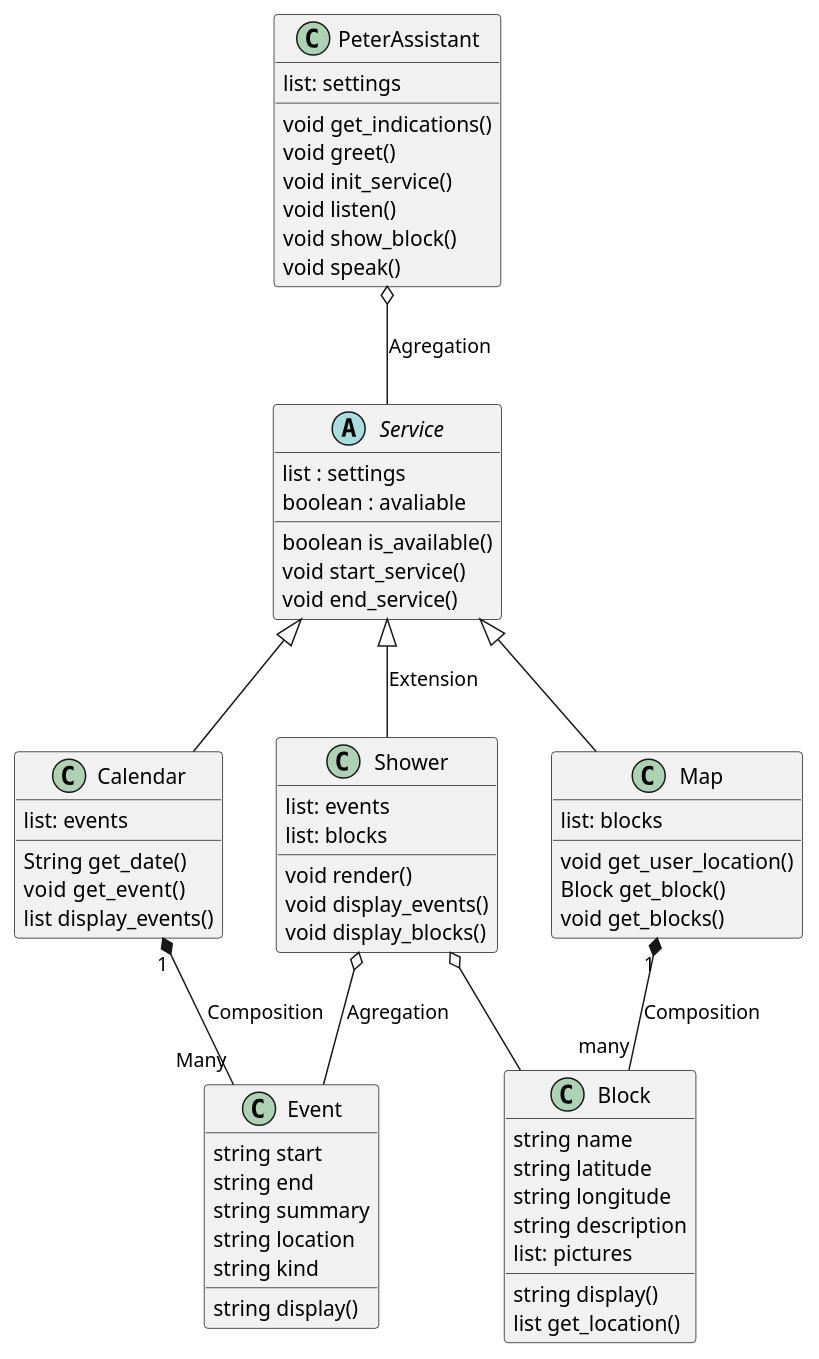
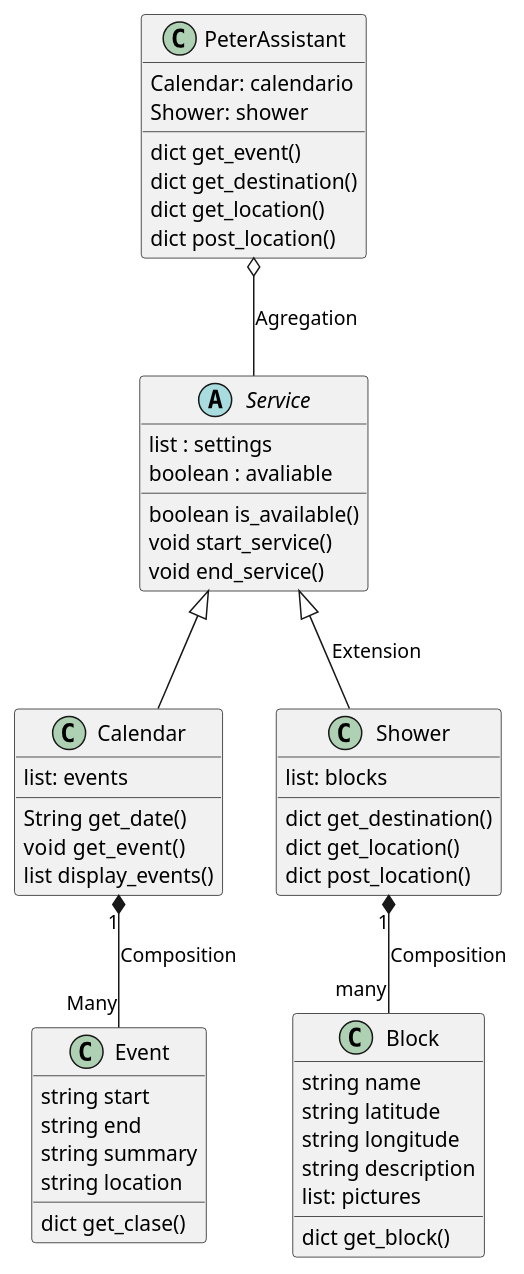
Before and after one commit to No-Invita/Final-Project-OOP: the diagram in diagram.plantuml, drawn with PlantUML. The commit also changed 2 other files, not shown here.

Commit message:
uml updated

```diff
--- a/diagram.plantuml
+++ b/diagram.plantuml
@@ -1,65 +1,53 @@
 @startuml
 
 class PeterAssistant{
-    list: settings
-    void get_indications() 
-    void greet()
-    void init_service()
-    void listen()
-    void show_block()
-    void speak()
+    Calendar: calendario
+    Shower: shower
+    dict get_event()
+    dict get_destination()
+    dict get_location()
+    dict post_location()
 }
 PeterAssistant o-- Service : Agregation
 abstract class Service{
     list : settings
     boolean : avaliable
     boolean is_available()
     void start_service()
     void end_service()
 }
 class Calendar{
     list: events
     String get_date()
     void  get_event()
     list display_events()
 }
 Service  <|-- Calendar
 class Event{
     string start 
     string end 
     string summary 
-    string location 
-    string kind 
-    string display()
+    string location
+    dict get_clase()
 }
 Calendar "1" *--  "Many" Event:Composition
-class Map{
-    list: blocks
-    void get_user_location()
-    Block get_block()
-    void get_blocks()
 
-}
-Service <|-- Map
 class Block{
     string name
     string latitude
     string longitude
     string description
     list: pictures
-    string display()
-    list get_location()
+    dict get_block()
 }
 
-Map "1" *-- "many" Block : Composition
+Shower "1" *-- "many" Block : Composition
 class Shower{
-    list: events
     list: blocks
-    void render()
-    void display_events()
-    void display_blocks()
+    dict get_destination()
+    dict get_location()
+    dict post_location()
+
 }
 Service <|-- Shower : Extension
-Shower o-- Event: Agregation 
-Shower o-- Block
 @enduml
```
